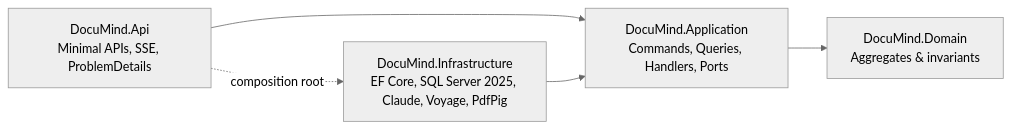
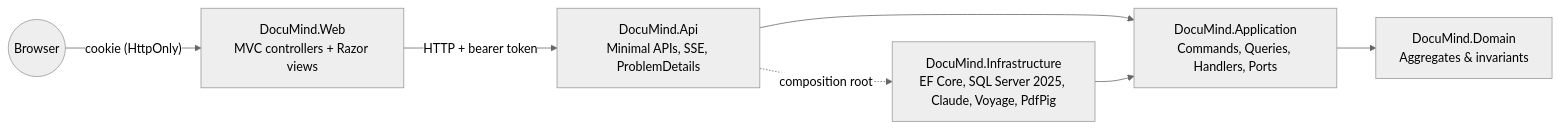
One commit to Sherlock67/DocuMind changed the first of 4 diagrams in docs/ARCHITECTURE.md. Above: the diagram before and after it, drawn with Mermaid (neutral theme). The commit also changed other lines of this file and 106 other files, not shown here.

````diff
--- a/docs/ARCHITECTURE.md
+++ b/docs/ARCHITECTURE.md
@@ -28,7 +29,9 @@
 ```mermaid
 flowchart LR
+    Browser((Browser)) -- "cookie (HttpOnly)" --> Web[DocuMind.Web<br/>MVC controllers + Razor views]
+    Web -- "HTTP + bearer token" --> Api
     Api[DocuMind.Api<br/>Minimal APIs, SSE, ProblemDetails] --> App
     Infra[DocuMind.Infrastructure<br/>EF Core, SQL Server 2025, Claude, Voyage, PdfPig] --> App
     App[DocuMind.Application<br/>Commands, Queries, Handlers, Ports] --> Domain[DocuMind.Domain<br/>Aggregates & invariants]
     Api -.composition root.-> Infra
 ```
````
